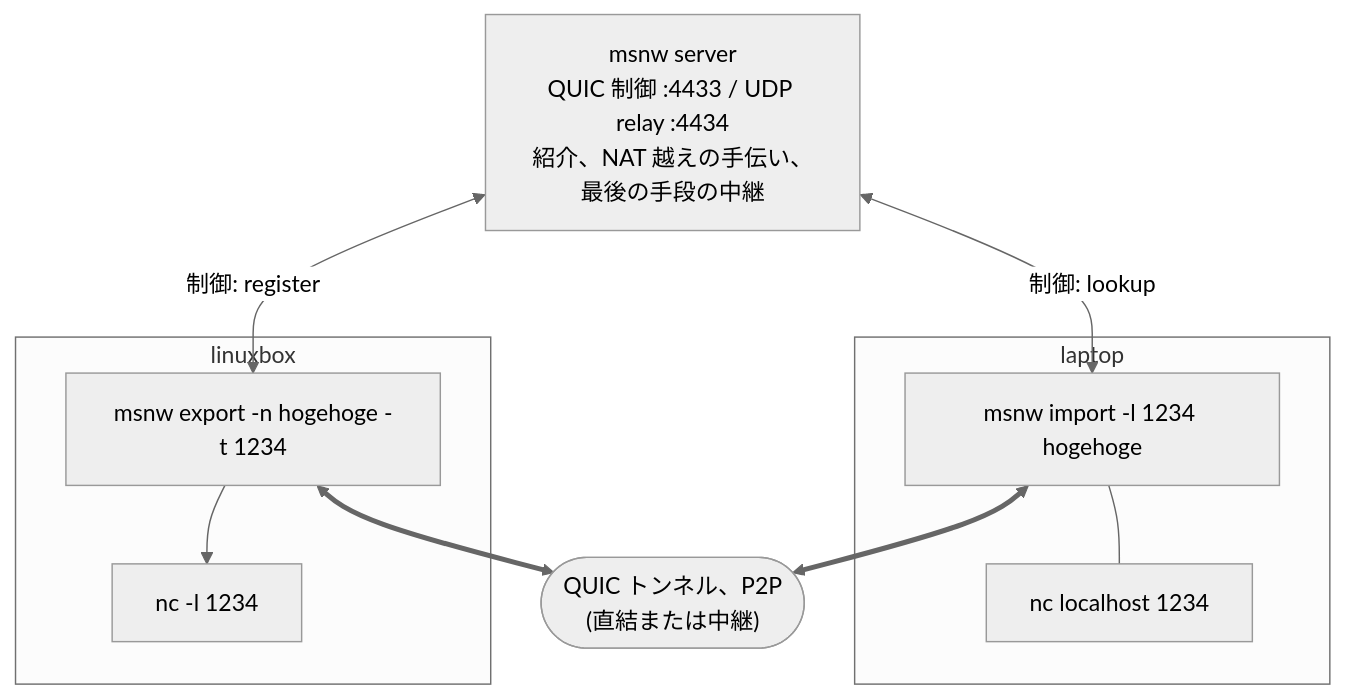
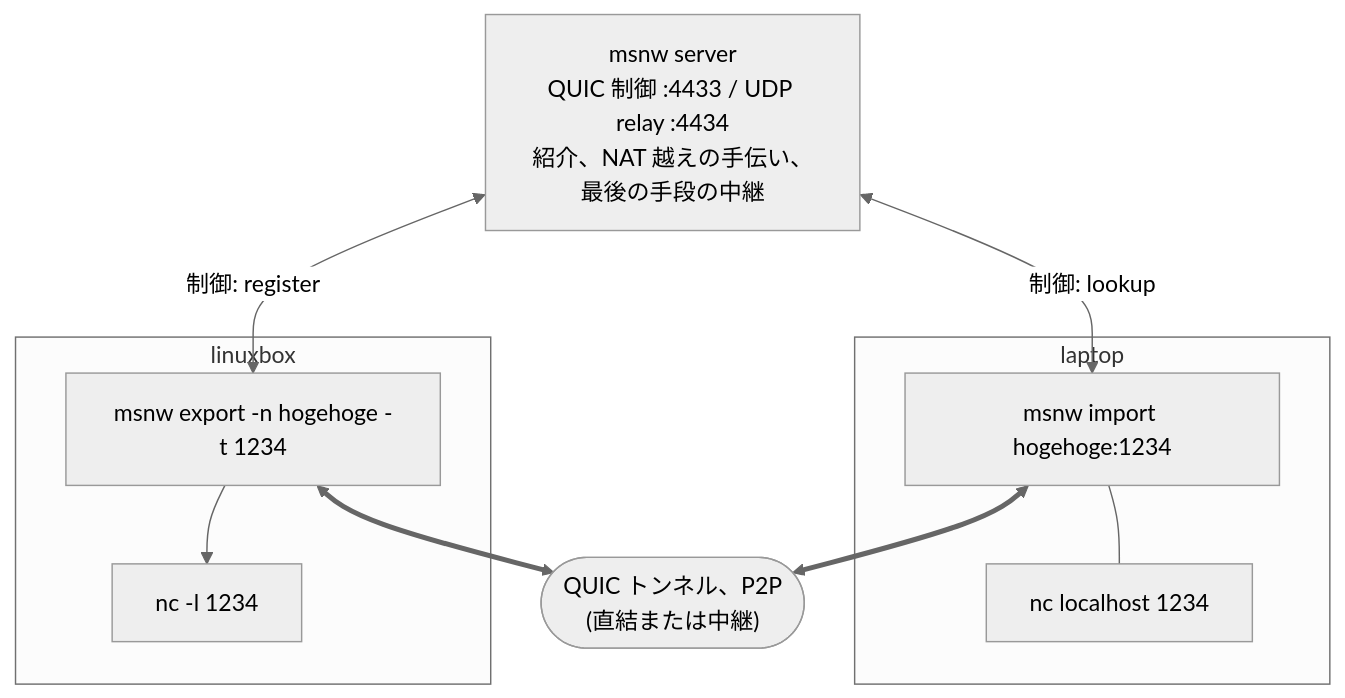
Before and after one commit to ikeji/mysmallnetwork: the first of 7 diagrams in README.ja.md, drawn with Mermaid (neutral theme). The commit also changed other lines of this file and 8 other files, not shown here.

````diff
--- a/README.ja.md
+++ b/README.ja.md
@@ -7,15 +7,15 @@
 ```mermaid
 flowchart TB
     srv["msnw server<br/>QUIC 制御 :4433 / UDP relay :4434<br/>紹介、NAT 越えの手伝い、最後の手段の中継"]
     subgraph laptop
-        im["msnw import -l 1234 hogehoge"] --- app["nc localhost 1234"]
+        im["msnw import hogehoge:1234"] --- app["nc localhost 1234"]
     end
     subgraph linuxbox
         ex["msnw export -n hogehoge -t 1234"] --> svc["nc -l 1234"]
     end
     tun(["QUIC トンネル、P2P<br/>(直結または中継)"])
     srv <-->|"制御: lookup"| im
     srv <-->|"制御: register"| ex
     im <==> tun
     ex <==> tun
 ```
````
